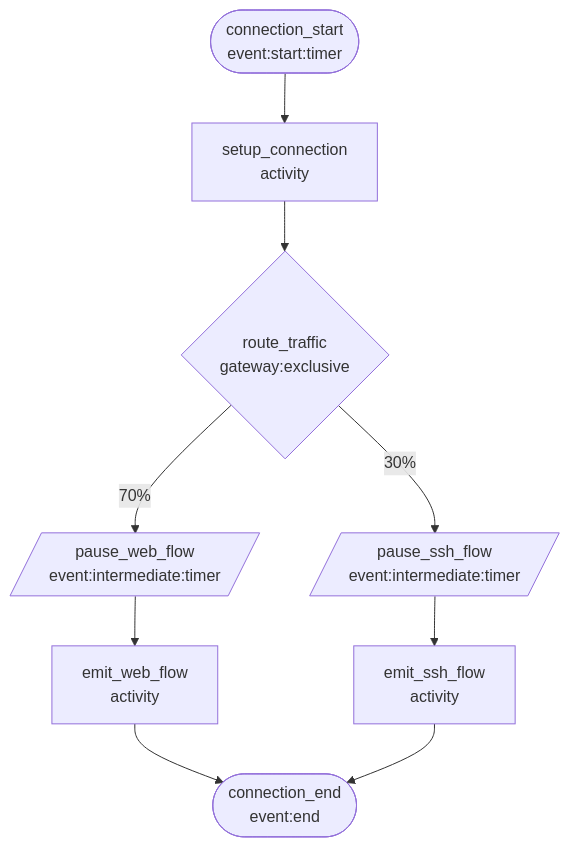
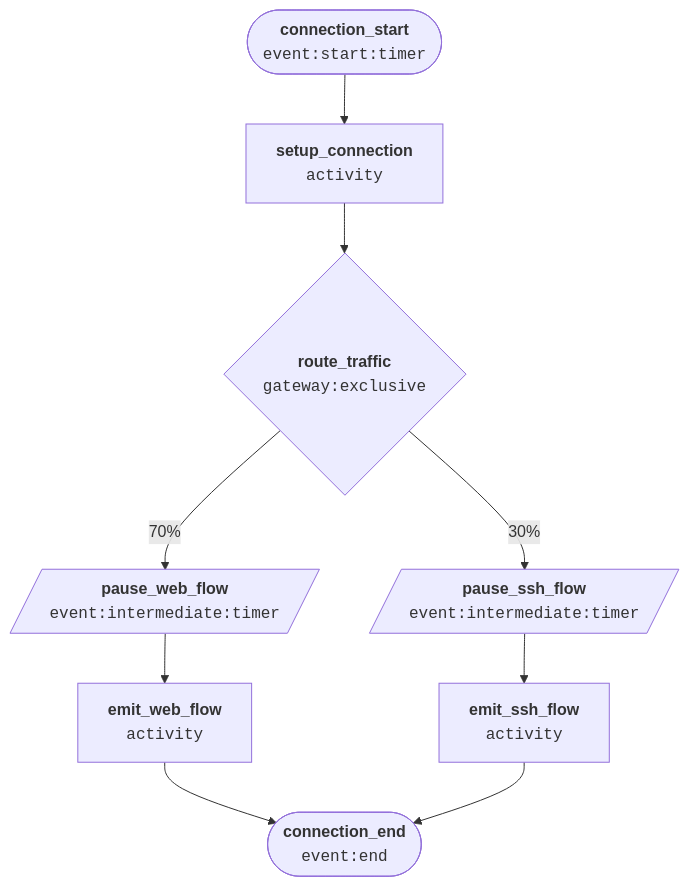
Before and after one commit to implydata/imply-eventgenerator: the third of 3 diagrams in docs/states.md, drawn with Mermaid.

Commit message:
Test if <tt> works

````diff
--- a/docs/states.md
+++ b/docs/states.md
@@ -298,11 +298,11 @@
 ```mermaid
 flowchart TD
-    A([connection_start\nevent:start:timer]) --> B[setup_connection\nactivity]
-    B --> C{route_traffic\ngateway:exclusive}
-    C -->|70%| D[/pause_web_flow\nevent:intermediate:timer/]
-    C -->|30%| E[/pause_ssh_flow\nevent:intermediate:timer/]
-    D --> F[emit_web_flow\nactivity]
-    E --> G[emit_ssh_flow\nactivity]
-    F --> H([connection_end\nevent:end])
+    A(["<b>connection_start</b><br/><tt>event:start:timer</tt>"]) --> B["<b>setup_connection</b><br/><tt>activity</tt>"]
+    B --> C{"<b>route_traffic</b><br/><tt>gateway:exclusive</tt>"}
+    C -->|70%| D[/"<b>pause_web_flow</b><br/><tt>event:intermediate:timer</tt>"/]
+    C -->|30%| E[/"<b>pause_ssh_flow</b><br/><tt>event:intermediate:timer</tt>"/]
+    D --> F["<b>emit_web_flow</b><br/><tt>activity</tt>"]
+    E --> G["<b>emit_ssh_flow</b><br/><tt>activity</tt>"]
+    F --> H(["<b>connection_end</b><br/><tt>event:end</tt>"])
     G --> H
 ```
````
